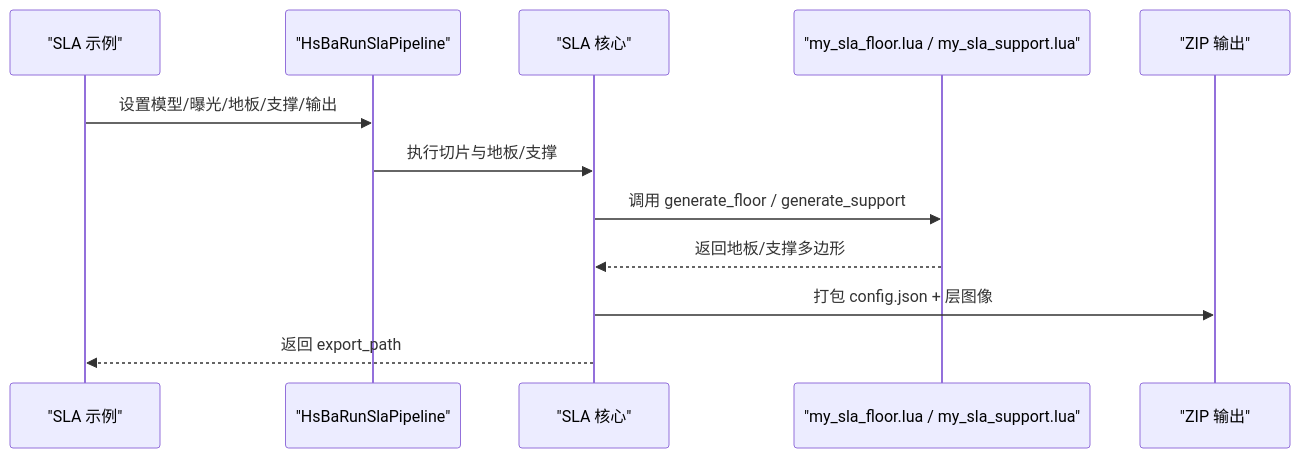
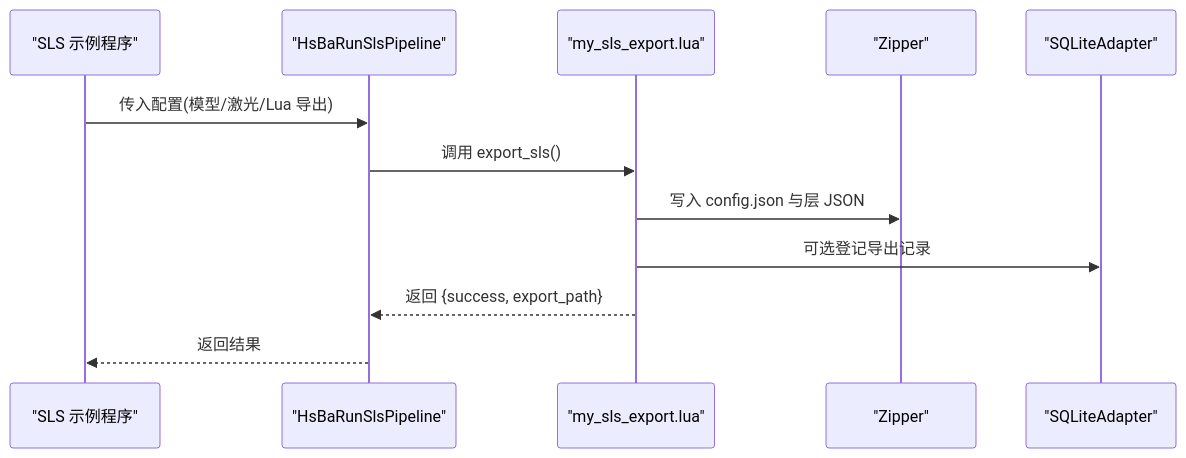
Before and after one commit to hsmbanlance/HsBaSlicer: the fourth of 16 diagrams in .qoder/repowiki/zh/content/示例与教程/示例与教程.md, drawn with Mermaid. The commit also changed other lines of this file and 1095 other files, not shown here.

````diff
--- a/.qoder/repowiki/zh/content/示例与教程/示例与教程.md
+++ b/.qoder/repowiki/zh/content/示例与教程/示例与教程.md
@@ -187,14 +222,14 @@
 ```mermaid
 sequenceDiagram
-participant App as "SLA 示例"
-participant API as "HsBaRunSlaPipeline"
-participant Core as "SLA 核心"
-participant Lua as "my_sla_floor.lua / my_sla_support.lua"
-participant Zip as "ZIP 输出"
-App->>API : 设置模型/曝光/地板/支撑/输出
-API->>Core : 执行切片与地板/支撑
-Core->>Lua : 调用 generate_floor / generate_support
-Lua-->>Core : 返回地板/支撑多边形
-Core->>Zip : 打包 config.json + 层图像
-Core-->>App : 返回 export_path
+participant App as "SLS 示例程序"
+participant API as "HsBaRunSlsPipeline"
+participant Lua as "my_sls_export.lua"
+participant Zip as "Zipper"
+participant DB as "SQLiteAdapter"
+App->>API : 传入配置(模型/激光/Lua 导出)
+API->>Lua : 调用 export_sls()
+Lua->>Zip : 写入 config.json 与层 JSON
+Lua->>DB : 可选登记导出记录
+Lua-->>API : 返回 {success, export_path}
+API-->>App : 返回结果
 ```
````
